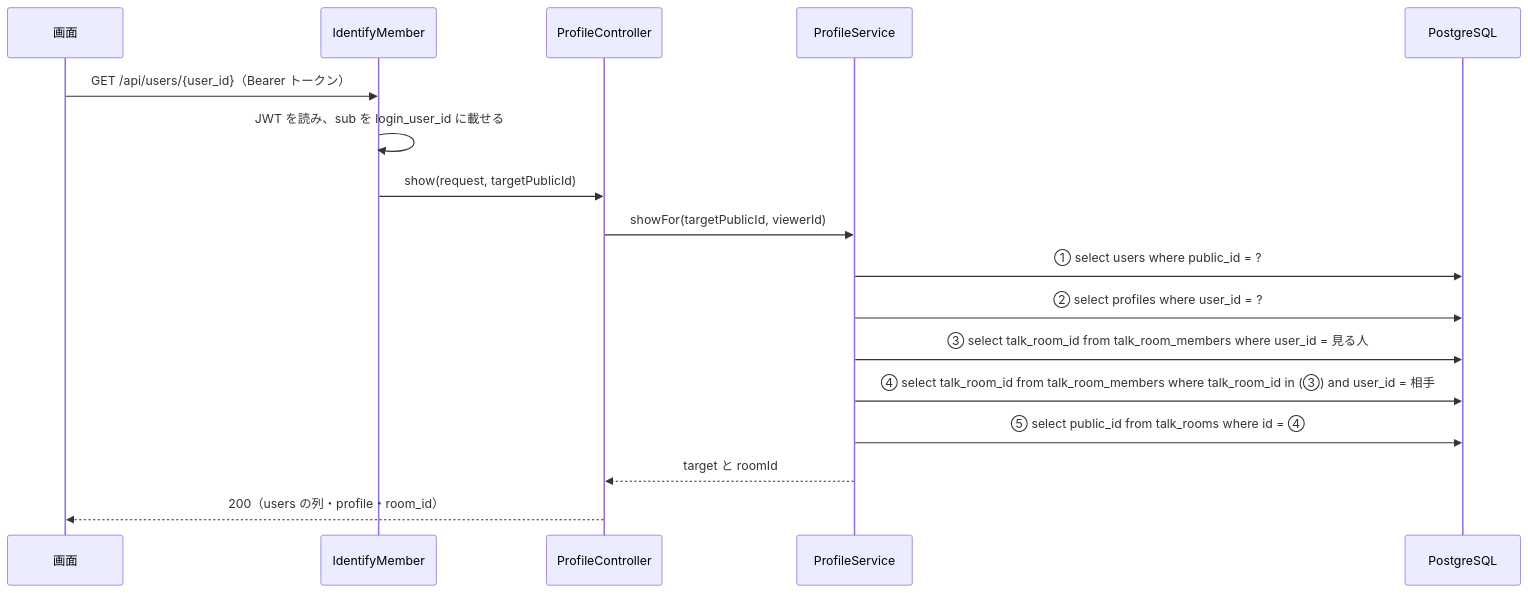
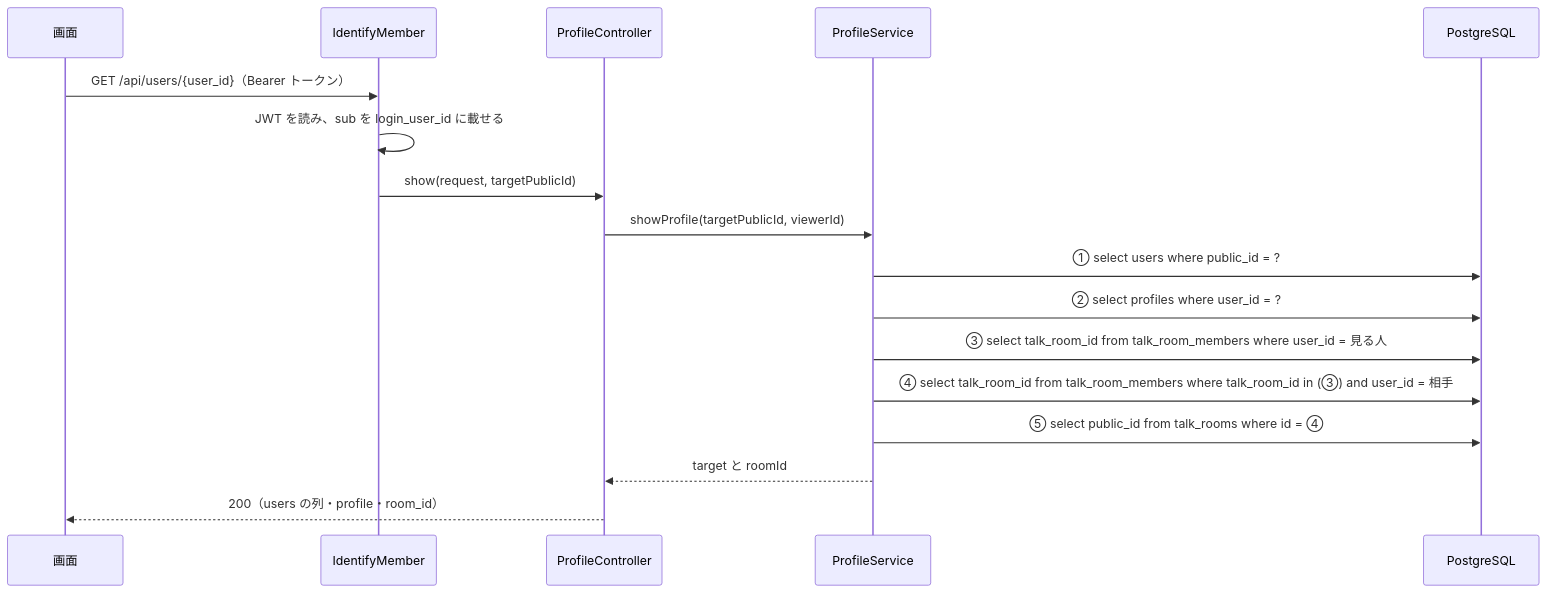
One commit to masa-devx/matching-db-study changed the fifth of 6 diagrams in docs/cycles/01-backend-foundation/06-walkthrough.md. Above: the diagram before and after it, drawn with Mermaid. The commit also changed other lines of this file and 3 other files, not shown here.

````diff
--- a/docs/cycles/01-backend-foundation/06-walkthrough.md
+++ b/docs/cycles/01-backend-foundation/06-walkthrough.md
@@ -412,19 +412,19 @@
 ```mermaid
 sequenceDiagram
     participant B as 画面
     participant M as IdentifyMember
     participant C as ProfileController
     participant S as ProfileService
     participant D as PostgreSQL
     B->>M: GET /api/users/{user_id}（Bearer トークン）
     M->>M: JWT を読み、sub を login_user_id に載せる
     M->>C: show(request, targetPublicId)
-    C->>S: showFor(targetPublicId, viewerId)
+    C->>S: showProfile(targetPublicId, viewerId)
     S->>D: ① select users where public_id = ?
     S->>D: ② select profiles where user_id = ?
     S->>D: ③ select talk_room_id from talk_room_members where user_id = 見る人
     S->>D: ④ select talk_room_id from talk_room_members where talk_room_id in (③) and user_id = 相手
     S->>D: ⑤ select public_id from talk_rooms where id = ④
     S-->>C: target と roomId
     C-->>B: 200（users の列・profile・room_id）
 ```
````
